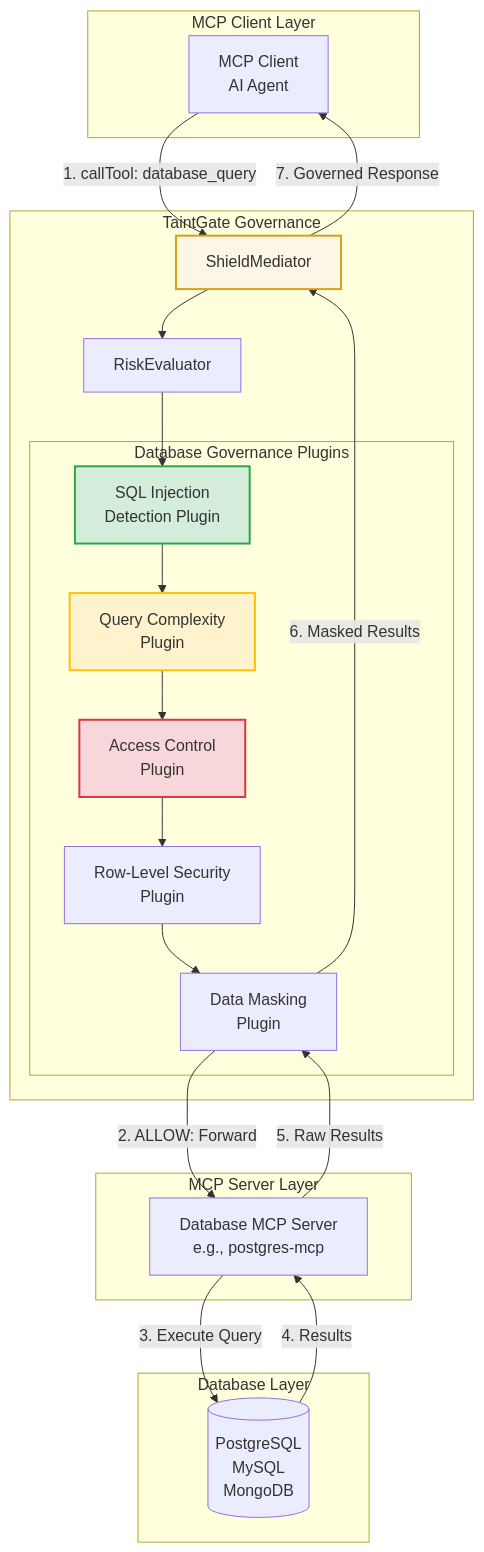
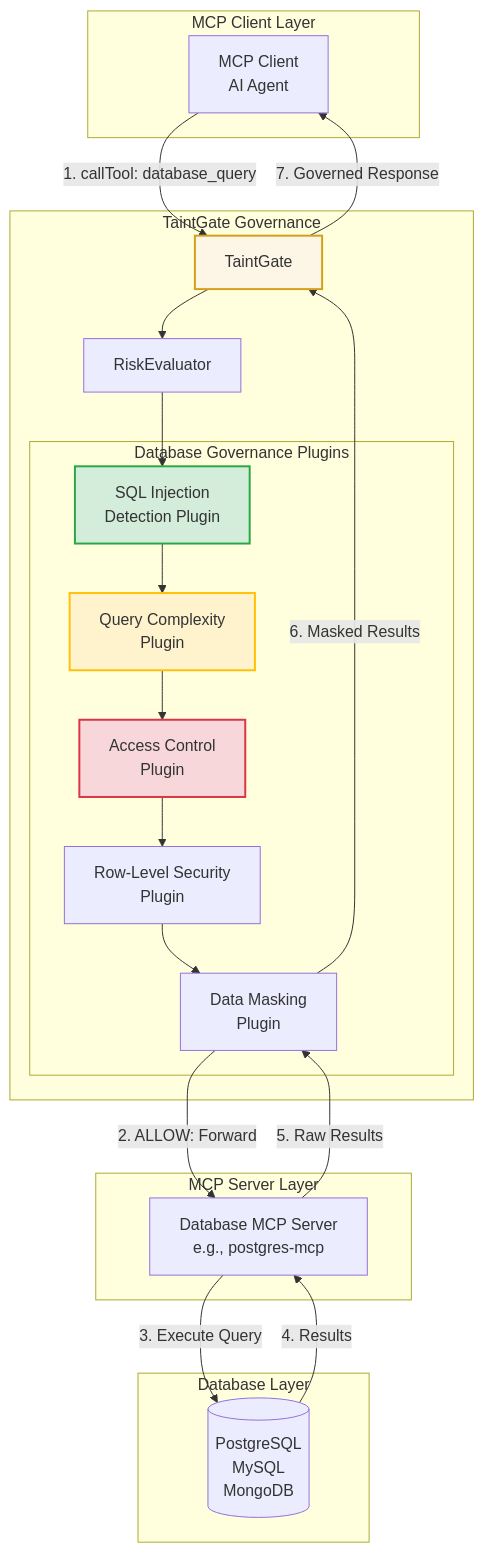
One commit to kiranv926/mcp-shield changed the diagram in docs/database-governance-plugins.md. Above: the diagram before and after it, drawn with Mermaid. The commit also changed other lines of this file and 67 other files, not shown here.

First line of the commit message:
refactor(brand): rename MCP-Shield -> TaintGate across the project

````diff
--- a/docs/database-governance-plugins.md
+++ b/docs/database-governance-plugins.md
@@ -16,47 +16,47 @@
 ```mermaid
 graph TB
     subgraph "MCP Client Layer"
         Client[MCP Client<br/>AI Agent]
     end
     
     subgraph "TaintGate Governance"
-        Mediator[ShieldMediator]
+        Mediator[TaintGate]
         Evaluator[RiskEvaluator]
         
         subgraph "Database Governance Plugins"
             SQLPlugin[SQL Injection<br/>Detection Plugin]
             QueryPlugin[Query Complexity<br/>Plugin]
             AccessPlugin[Access Control<br/>Plugin]
             RLSPlugin[Row-Level Security<br/>Plugin]
             MaskPlugin[Data Masking<br/>Plugin]
         end
     end
     
     subgraph "MCP Server Layer"
         DBMCP[Database MCP Server<br/>e.g., postgres-mcp]
     end
     
     subgraph "Database Layer"
         DB[(PostgreSQL<br/>MySQL<br/>MongoDB)]
     end
     
     Client -->|"1. callTool: database_query"| Mediator
     Mediator --> Evaluator
     Evaluator --> SQLPlugin
     SQLPlugin --> QueryPlugin
     QueryPlugin --> AccessPlugin
     AccessPlugin --> RLSPlugin
     RLSPlugin --> MaskPlugin
     
     MaskPlugin -->|"2. ALLOW: Forward"| DBMCP
     DBMCP -->|"3. Execute Query"| DB
     DB -->|"4. Results"| DBMCP
     DBMCP -->|"5. Raw Results"| MaskPlugin
     MaskPlugin -->|"6. Masked Results"| Mediator
     Mediator -->|"7. Governed Response"| Client
     
     style Mediator fill:#fdf5e6,stroke:#d4a017,stroke-width:2px
     style SQLPlugin fill:#d4edda,stroke:#28a745,stroke-width:2px
     style QueryPlugin fill:#fff3cd,stroke:#ffc107,stroke-width:2px
     style AccessPlugin fill:#f8d7da,stroke:#dc3545,stroke-width:2px
 ```
````
